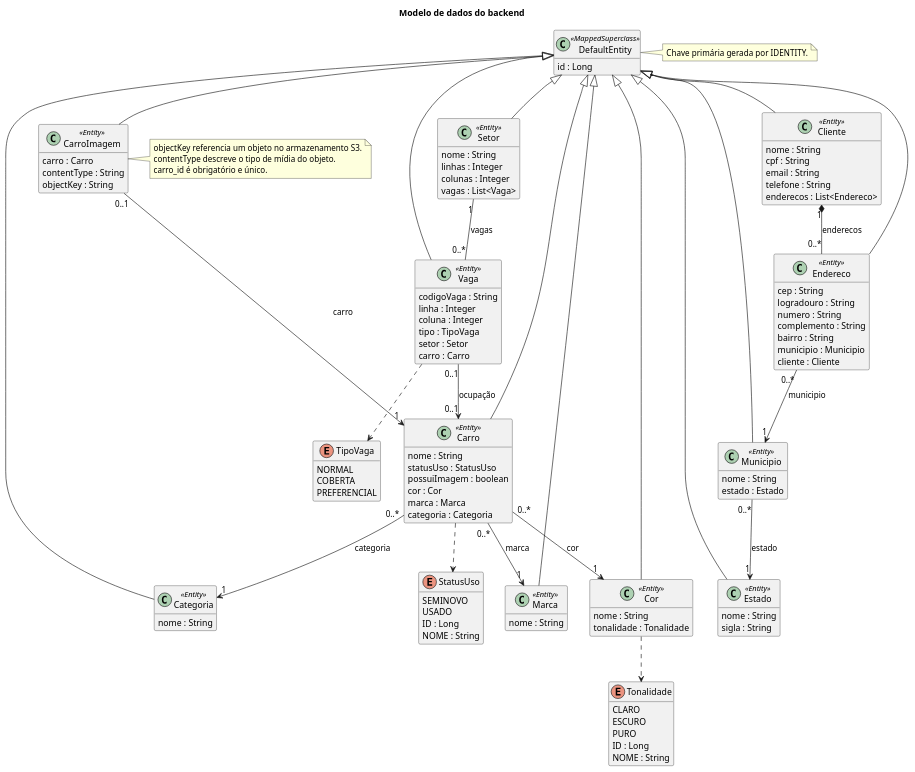
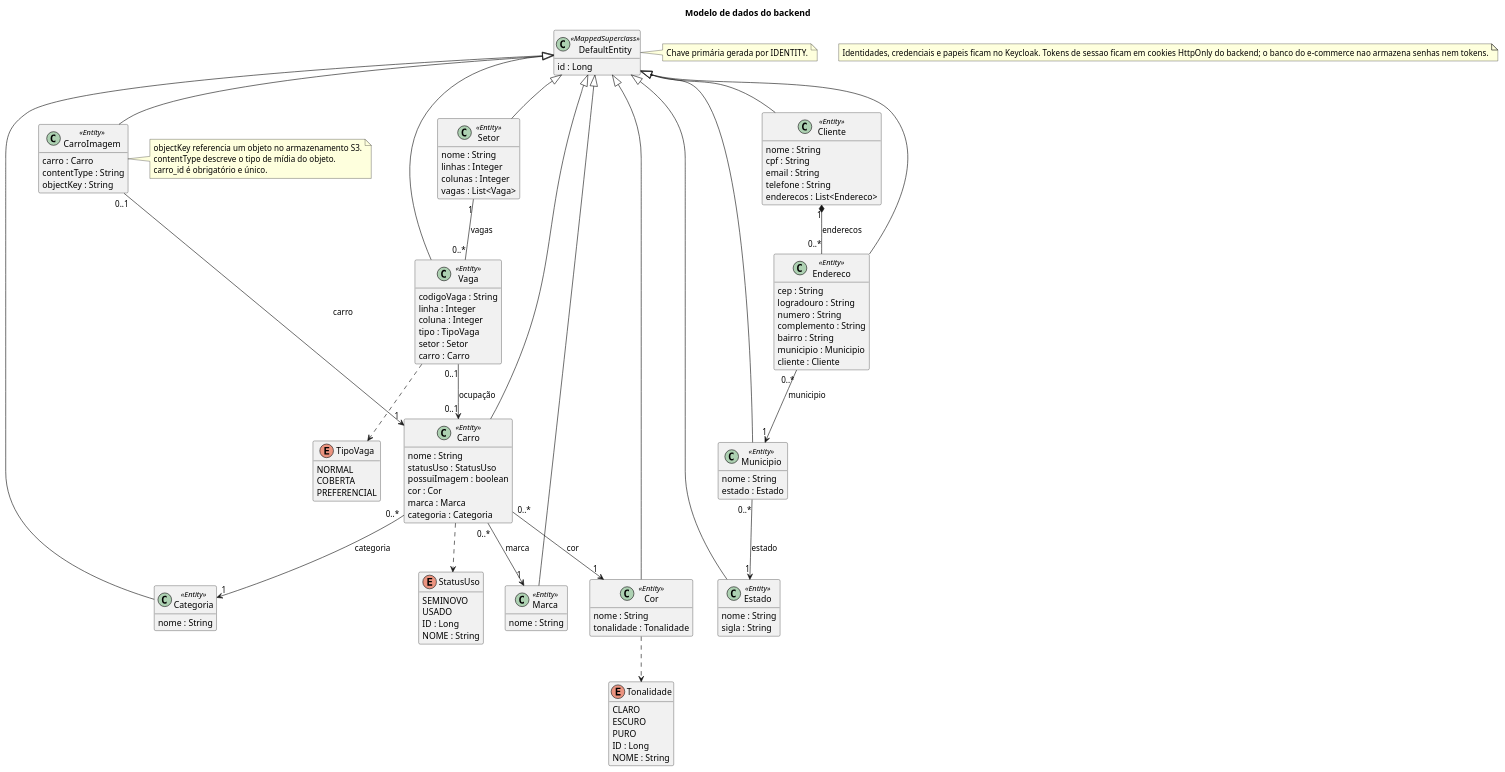
Before and after one commit to bernardoDSG/TP2-2026-2-Backend: the diagram in docs/modelo.plantuml, drawn with PlantUML. The commit also changed 36 other files, not shown here.

```diff
--- a/docs/modelo.plantuml
+++ b/docs/modelo.plantuml
@@ -1,136 +1,137 @@
 @startuml
 title Modelo de dados do backend
 hide methods
 skinparam classAttributeIconSize 0
 
 class Carro <<Entity>> {
   nome : String
   statusUso : StatusUso
   possuiImagem : boolean
   cor : Cor
   marca : Marca
   categoria : Categoria
 }
 
 class CarroImagem <<Entity>> {
   carro : Carro
   contentType : String
   objectKey : String
 }
 
 class Categoria <<Entity>> {
   nome : String
 }
 
 class Cliente <<Entity>> {
   nome : String
   cpf : String
   email : String
   telefone : String
   enderecos : List<Endereco>
 }
 
 class Cor <<Entity>> {
   nome : String
   tonalidade : Tonalidade
 }
 
 class DefaultEntity <<MappedSuperclass>> {
   id : Long
 }
 
 class Endereco <<Entity>> {
   cep : String
   logradouro : String
   numero : String
   complemento : String
   bairro : String
   municipio : Municipio
   cliente : Cliente
 }
 
 class Estado <<Entity>> {
   nome : String
   sigla : String
 }
 
 class Marca <<Entity>> {
   nome : String
 }
 
 class Municipio <<Entity>> {
   nome : String
   estado : Estado
 }
 
 class Setor <<Entity>> {
   nome : String
   linhas : Integer
   colunas : Integer
   vagas : List<Vaga>
 }
 
 enum StatusUso {
   SEMINOVO
   USADO
   ID : Long
   NOME : String
 }
 
 enum TipoVaga {
   NORMAL
   COBERTA
   PREFERENCIAL
 }
 
 enum Tonalidade {
   CLARO
   ESCURO
   PURO
   ID : Long
   NOME : String
 }
 
 class Vaga <<Entity>> {
   codigoVaga : String
   linha : Integer
   coluna : Integer
   tipo : TipoVaga
   setor : Setor
   carro : Carro
 }
 
 DefaultEntity <|-- Carro
 DefaultEntity <|-- CarroImagem
 DefaultEntity <|-- Categoria
 DefaultEntity <|-- Cliente
 DefaultEntity <|-- Cor
 DefaultEntity <|-- Endereco
 DefaultEntity <|-- Estado
 DefaultEntity <|-- Marca
 DefaultEntity <|-- Municipio
 DefaultEntity <|-- Setor
 DefaultEntity <|-- Vaga
 
 Carro "0..*" --> "1" Cor : cor
 Carro "0..*" --> "1" Marca : marca
 Carro "0..*" --> "1" Categoria : categoria
 CarroImagem "0..1" --> "1" Carro : carro
 Cliente "1" *-- "0..*" Endereco : enderecos
 Endereco "0..*" --> "1" Municipio : municipio
 Municipio "0..*" --> "1" Estado : estado
 Setor "1" -- "0..*" Vaga : vagas
 Vaga "0..1" --> "0..1" Carro : ocupação
 Carro ..> StatusUso
 Cor ..> Tonalidade
 Vaga ..> TipoVaga
 
 note right of DefaultEntity
   Chave primária gerada por IDENTITY.
 end note
+note "Identidades, credenciais e papeis ficam no Keycloak. Tokens de sessao ficam em cookies HttpOnly do backend; o banco do e-commerce nao armazena senhas nem tokens." as AuthNote
 note right of CarroImagem
   objectKey referencia um objeto no armazenamento S3.
   contentType descreve o tipo de mídia do objeto.
   carro_id é obrigatório e único.
 end note
 @enduml
```
